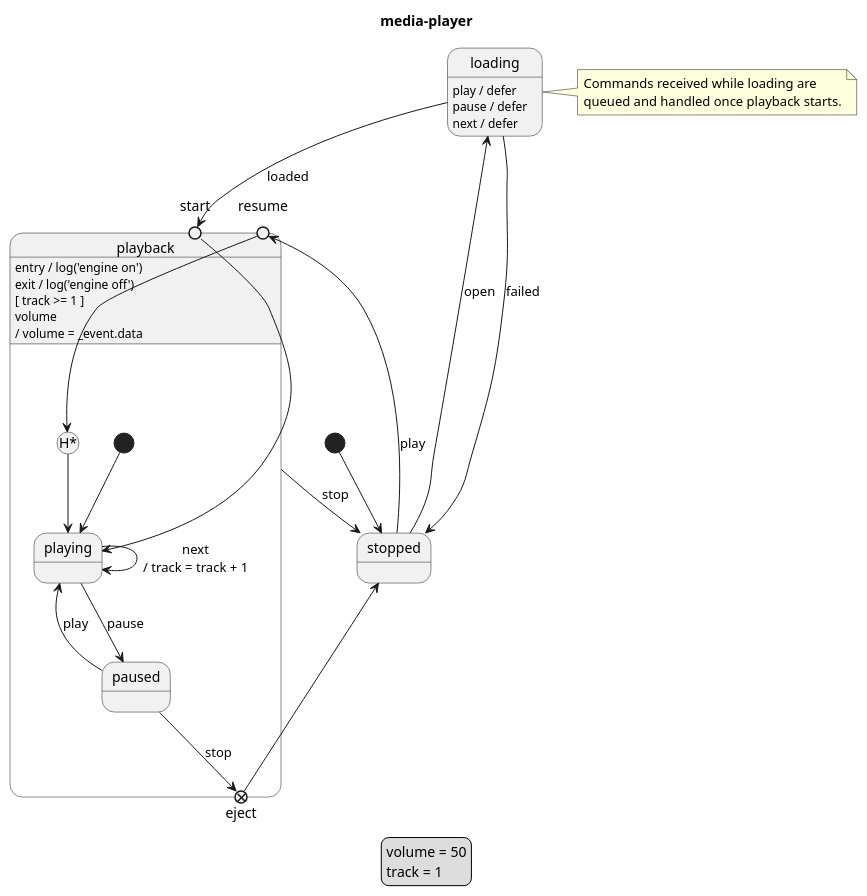
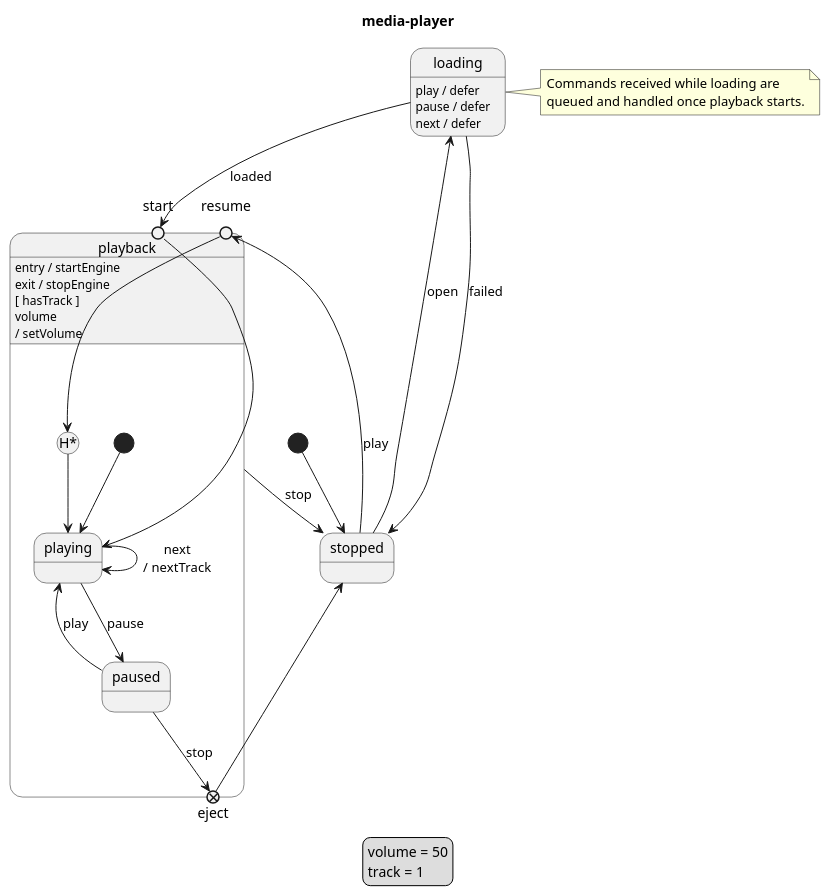
One commit to vincedupuis/transplantUML changed the diagram in example/media-player.puml. Above: the diagram before and after it, drawn with PlantUML. The commit also changed 28 other files, not shown here.

```diff
--- a/example/media-player.puml
+++ b/example/media-player.puml
@@ -1,43 +1,43 @@
 @startuml
 title media-player
 legend
     volume = 50
     track = 1
 endlegend
 [*] --> stopped
 state stopped
 state loading
 loading : play / defer
 loading : pause / defer
 loading : next / defer
 note right of loading
     Commands received while loading are
     queued and handled once playback starts.
 end note
 state playback {
     [*] --> playing
     state start <<entryPoint>>
     state resume <<entryPoint>>
     state eject <<exitPoint>>
     state last <<history*>>
     state playing
     state paused
     start --> playing
     resume --> last
     last --> playing
     playing --> paused: pause
-    playing --> playing: next\n/ track = track + 1
+    playing --> playing: next\n/ nextTrack
     paused --> playing: play
     paused --> eject: stop
 }
-playback : entry / log('engine on')
-playback : exit / log('engine off')
-playback : [ track >= 1 ]
+playback : entry / startEngine
+playback : exit / stopEngine
+playback : [ hasTrack ]
 stopped --> resume: play
 stopped --> loading: open
 loading --> start: loaded
 loading --> stopped: failed
-playback : volume\n/ volume = _event.data
+playback : volume\n/ setVolume
 playback --> stopped: stop
 eject --> stopped
 @enduml
```
